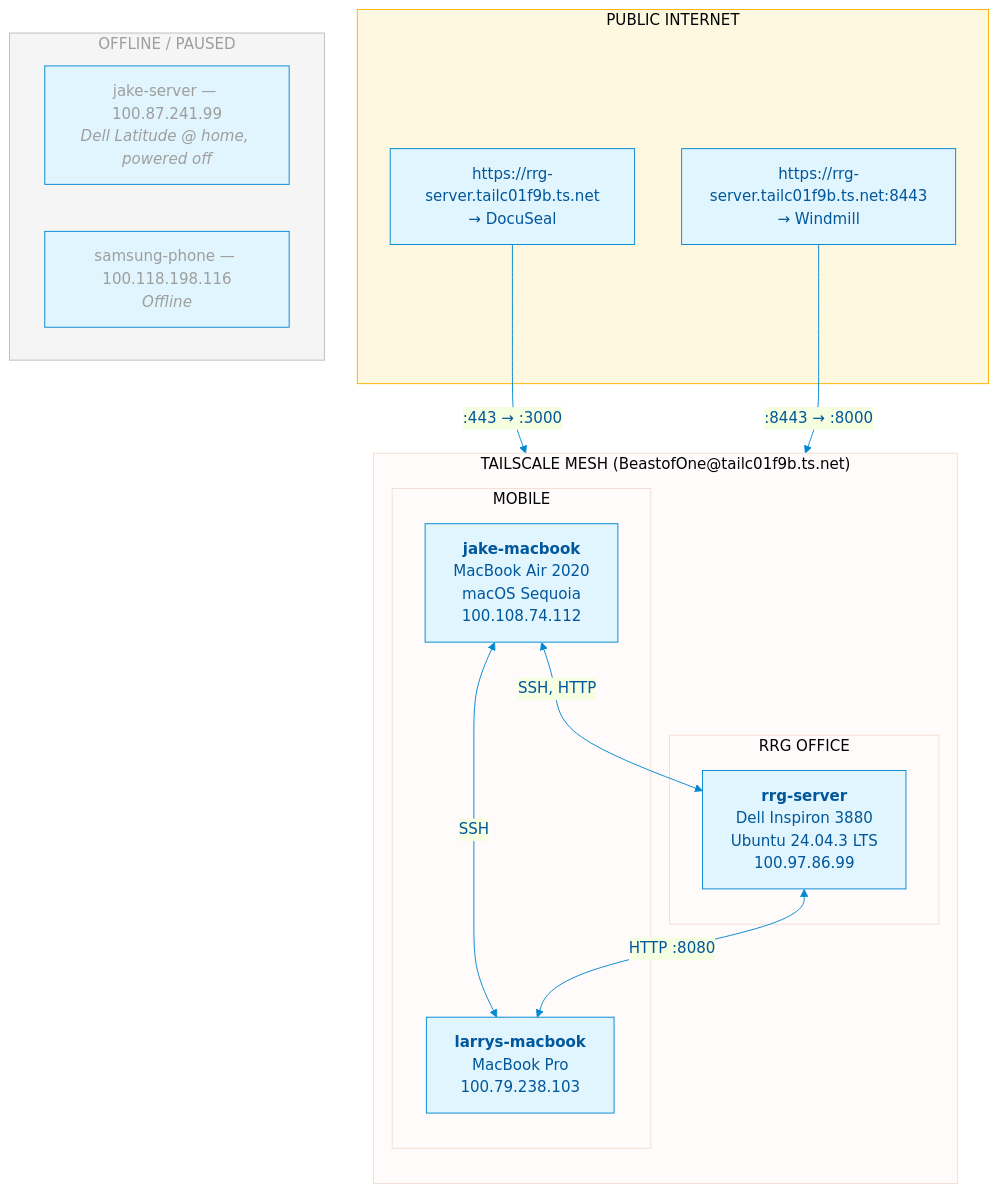
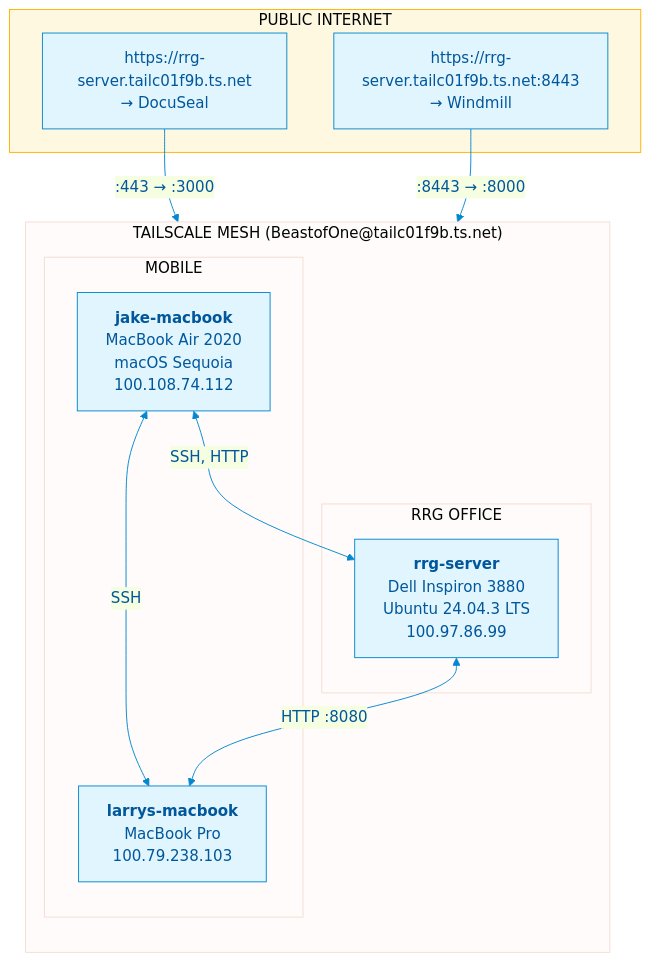
The diagram in docs/mermaid/layer1_physical.mmd (BeastofOne/rrg-server), drawn with Mermaid before and after one commit. The commit also changed 3 other files, not shown here.

Commit message:
Remove all jake-server references — separate project, not part of RRG-Server

```diff
--- a/docs/mermaid/layer1_physical.mmd
+++ b/docs/mermaid/layer1_physical.mmd
@@ -1,40 +1,32 @@
 %%{init: {'theme': 'base', 'themeVariables': { 'primaryColor': '#e1f5fe', 'primaryTextColor': '#01579b', 'primaryBorderColor': '#0288d1', 'lineColor': '#0288d1'}}}%%
 
 graph TB
     subgraph NETWORK["TAILSCALE MESH (BeastofOne@tailc01f9b.ts.net)"]
         direction TB
 
         subgraph OFFICE["RRG OFFICE"]
             RRG["<b>rrg-server</b><br/>Dell Inspiron 3880<br/>Ubuntu 24.04.3 LTS<br/>100.97.86.99"]
         end
 
         subgraph MOBILE["MOBILE"]
             MAC["<b>jake-macbook</b><br/>MacBook Air 2020<br/>macOS Sequoia<br/>100.108.74.112"]
             LARRY["<b>larrys-macbook</b><br/>MacBook Pro<br/>100.79.238.103"]
         end
     end
 
     subgraph PUBLIC["PUBLIC INTERNET"]
         FUNNEL_DS["https://rrg-server.tailc01f9b.ts.net<br/>→ DocuSeal"]
         FUNNEL_WM["https://rrg-server.tailc01f9b.ts.net:8443<br/>→ Windmill"]
     end
 
-    subgraph PAUSED["OFFLINE / PAUSED"]
-        JAKE_SRV["jake-server — 100.87.241.99<br/><i>Dell Latitude @ home, powered off</i>"]
-        PHONE["samsung-phone — 100.118.198.116<br/><i>Offline</i>"]
-    end
-
     %% Active Tailscale connections
     MAC <-->|"SSH, HTTP"| RRG
     MAC <-->|"SSH"| LARRY
     RRG <-->|"HTTP :8080"| LARRY
 
     %% Tailscale Funnel
     FUNNEL_DS -->|":443 → :3000"| RRG
     FUNNEL_WM -->|":8443 → :8000"| RRG
 
     %% Styling
-    style PAUSED fill:#f5f5f5,stroke:#bdbdbd,color:#9e9e9e
-    style JAKE_SRV color:#9e9e9e
-    style PHONE color:#9e9e9e
     style PUBLIC fill:#fff8e1,stroke:#ffb300
```
